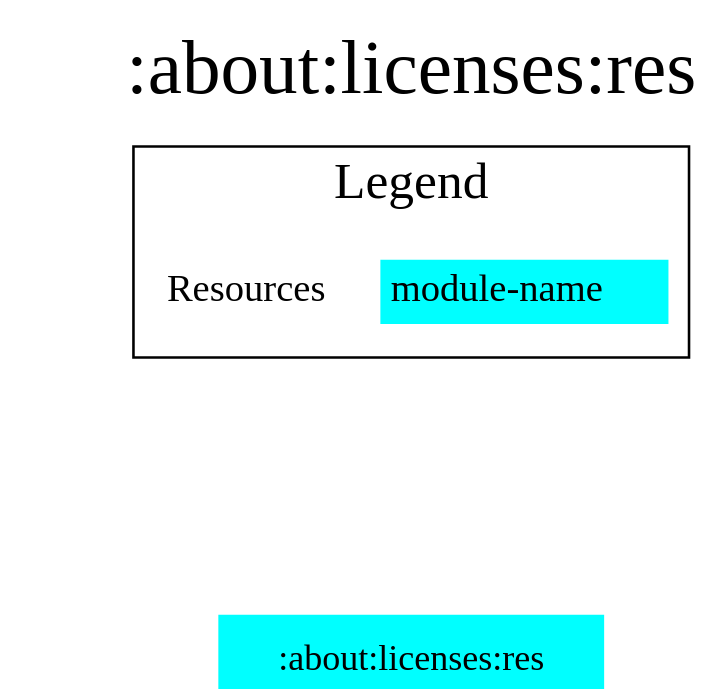
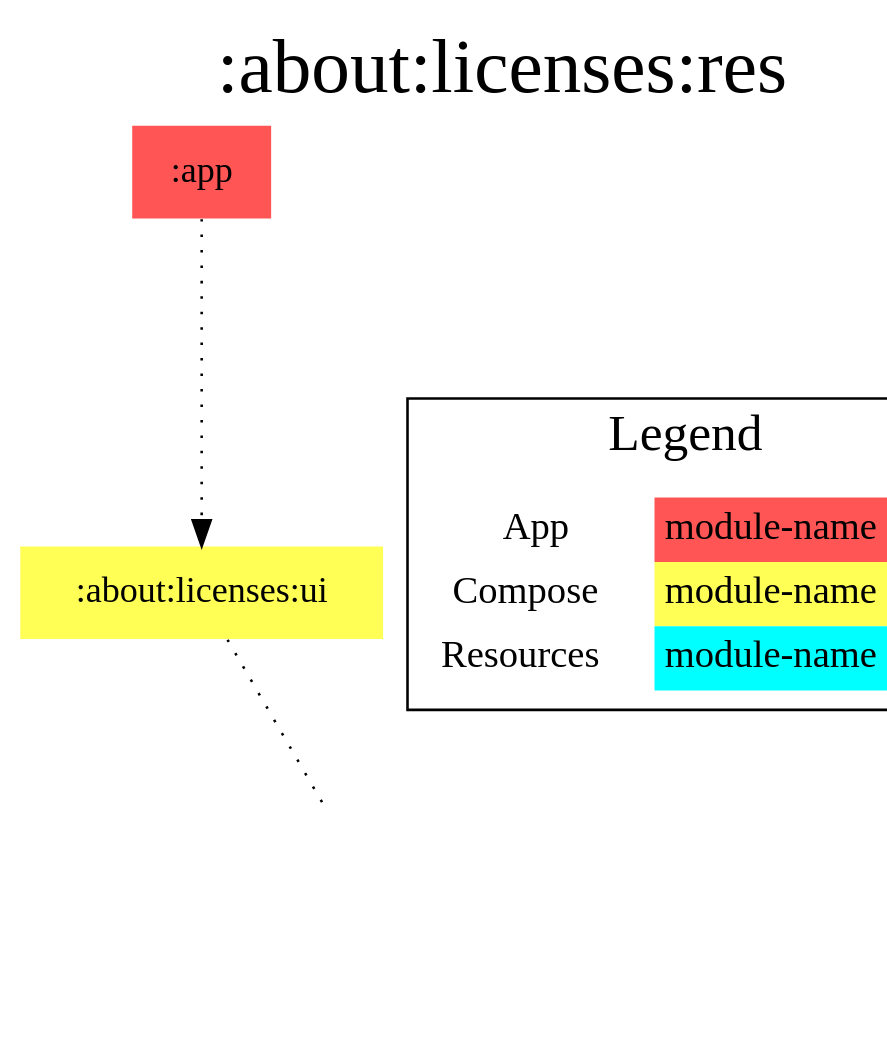
The diagram in modules/about/licenses/res/modules.dot (jonapoul/aktual), drawn with Graphviz before and after one commit. The commit also changed 134 other files, not shown here.

Commit message:
Use gradle caching for module diagrams

```diff
--- a/modules/about/licenses/res/modules.dot
+++ b/modules/about/licenses/res/modules.dot
@@ -1,20 +1,26 @@
 digraph {
 edge ["dir"="forward"]
 graph ["dpi"="100","label"=":about:licenses:res","labelloc"="t","fontsize"="30","ranksep"="1.5","rankdir"="TB"]
 node ["style"="filled"]
-":about:licenses:res" ["fillcolor"="#00FFFF","shape"="none"]
+":about:licenses:res" ["fillcolor"="#00FFFF","color"="black","penwidth"="3","shape"="box"]
+":about:licenses:ui" ["fillcolor"="#FFFF55","shape"="none"]
+":app" ["fillcolor"="#FF5555","shape"="none"]
 {
 edge ["dir"="none"]
 graph ["rank"="same"]
 ":about:licenses:res"
 }
+":about:licenses:ui" -> ":about:licenses:res" ["style"="dotted"]
+":app" -> ":about:licenses:ui" ["style"="dotted"]
 subgraph "cluster_legend" {
 edge ["dir"="none"]
 graph ["label"="Legend","fontsize"="20"]
 "Legend" ["style"="filled","fillcolor"="#FFFFFF","shape"="none","margin"="0","fontsize"="15","label"=<
 <TABLE BORDER="0" CELLBORDER="0" CELLSPACING="0" CELLPADDING="4">
+<TR><TD>App</TD><TD BGCOLOR="#FF5555">module-name</TD></TR>
+<TR><TD>Compose</TD><TD BGCOLOR="#FFFF55">module-name</TD></TR>
 <TR><TD>Resources</TD><TD BGCOLOR="#00FFFF">module-name</TD></TR>
 </TABLE>
 >]
 } -> ":about:licenses:res" ["style"="invis"]
 }
```
